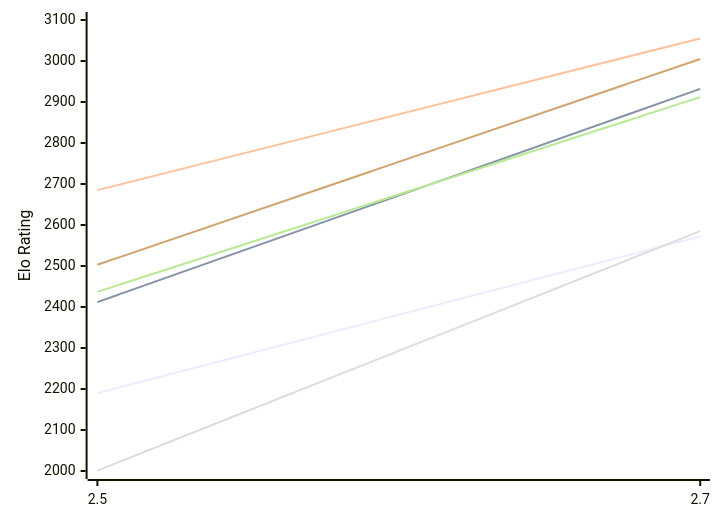
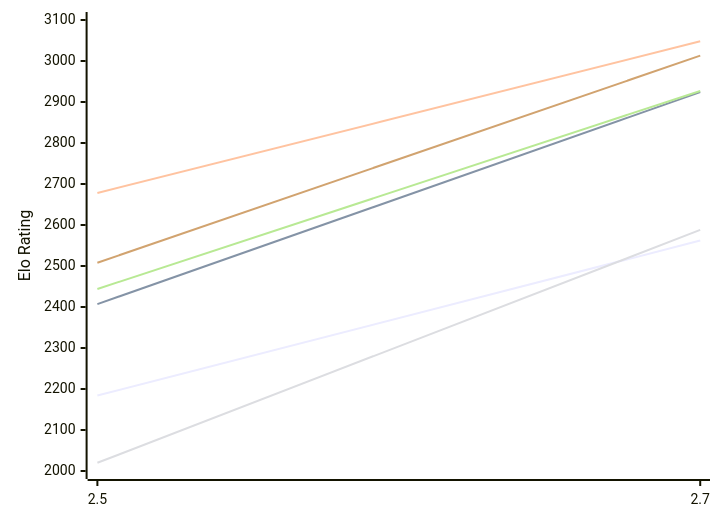
Before and after one commit to computer-chess-index/cci: the first of 2 diagrams in engines/Zevra.md, drawn with Mermaid. The commit also changed other lines of this file, not shown here.

Commit message:
Update CCI Ratings (ELO VLTC) - 2026-11-18

````diff
--- a/engines/Zevra.md
+++ b/engines/Zevra.md
@@ -50,12 +50,12 @@
 ```mermaid
 %%{init: {"theme":"base","themeVariables":{"seriesColors:['#a3a3a3','#222221','#faa371']}}}%%
 xychart-beta
   x-axis ["2.5", "2.7"]
   y-axis "Elo Rating" 2000 --> 3100
-  line "E1: STC (8.0+0.08s)" [2190, 2572]
-  line "E1: LTC (60.0+0.60s)" [2412, 2932]
-  line "E1: VLTC (2m24s+1.12s)" [2685, 3055]
-  line "P1: STC (8.0+0.08s)" [2001, 2585]
-  line "P1: LTC (60.0+0.60s)" [2437, 2912]
-  line "P1: VLTC (2m24s+1.12s)" [2503, 3005]
+  line "E1: STC (8.0+0.08s)" [2184, 2562]
+  line "E1: LTC (60.0+0.60s)" [2407, 2924]
+  line "E1: VLTC (2m24s+1.12s)" [2678, 3048]
+  line "P1: STC (8.0+0.08s)" [2020, 2588]
+  line "P1: LTC (60.0+0.60s)" [2444, 2927]
+  line "P1: VLTC (2m24s+1.12s)" [2508, 3013]
 ```
````
